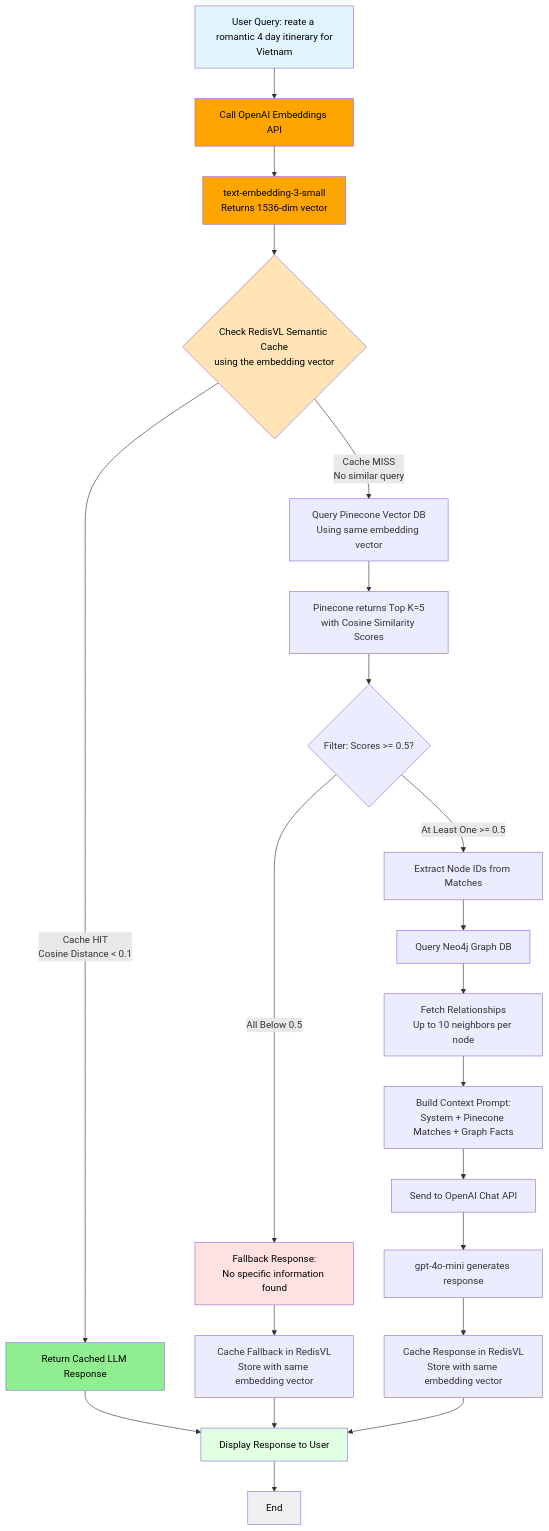
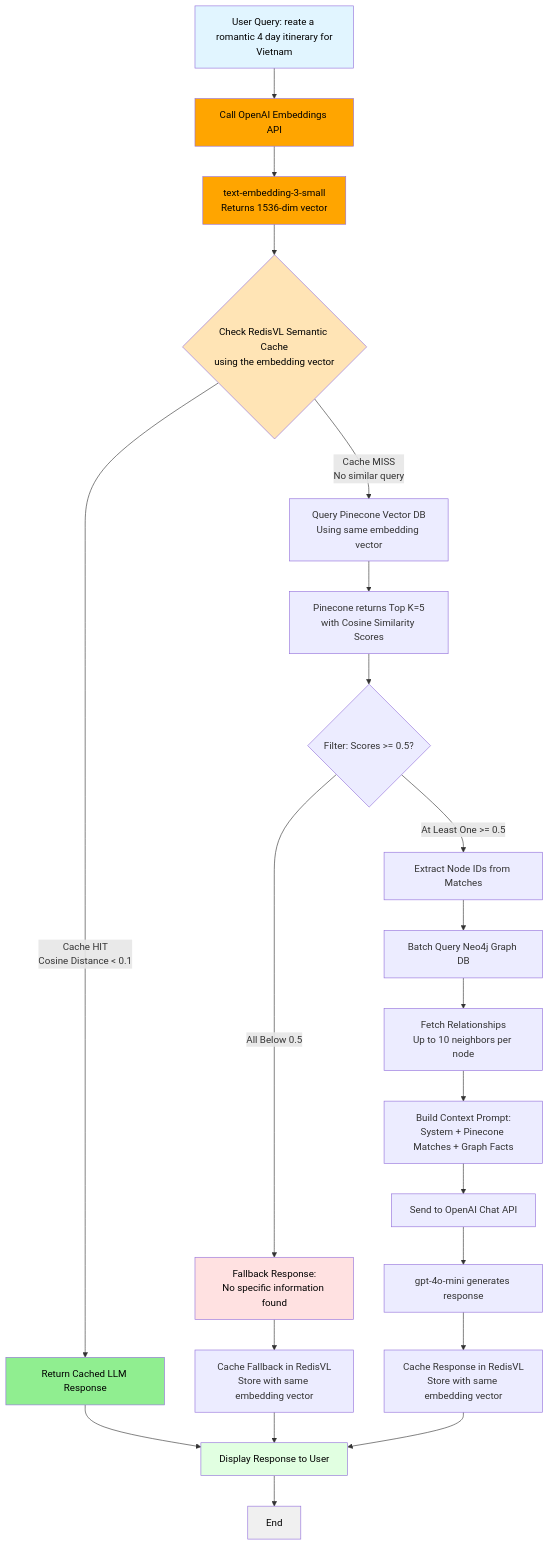
One commit to h4mmad/blue-enigma changed the diagram in README.md. Above: the diagram before and after it, drawn with Mermaid.

Commit message:
update to docs

````diff
--- a/README.md
+++ b/README.md
@@ -7,45 +7,45 @@
 ```mermaid
 flowchart TD
     A[User Query: reate a romantic 4 day itinerary for
 Vietnam] --> B[Call OpenAI Embeddings API]
 
     B --> C[text-embedding-3-small<br/>Returns 1536-dim vector]
 
     C --> D{Check RedisVL Semantic Cache<br/>using the embedding vector}
 
     D -->|Cache HIT<br/>Cosine Distance < 0.1| E[Return Cached LLM Response]
     E --> F[Display Response to User]
     F --> END[End]
 
     D -->|Cache MISS<br/>No similar query| G[Query Pinecone Vector DB<br/>Using same embedding vector]
 
     G --> H[Pinecone returns Top K=5<br/>with Cosine Similarity Scores]
 
     H --> I{Filter: Scores >= 0.5?}
 
     I -->|All Below 0.5| J[Fallback Response:<br/>No specific information found]
     J --> K[Cache Fallback in RedisVL<br/>Store with same embedding vector]
     K --> F
 
     I -->|At Least One >= 0.5| L[Extract Node IDs from Matches]
 
-    L --> M[Query Neo4j Graph DB]
+    L --> M[Batch Query Neo4j Graph DB]
     M --> N[Fetch Relationships<br/>Up to 10 neighbors per node]
 
     N --> O[Build Context Prompt:<br/>System + Pinecone Matches + Graph Facts]
 
     O --> P[Send to OpenAI Chat API]
     P --> Q[gpt-4o-mini generates response]
     Q --> R[Cache Response in RedisVL<br/>Store with same embedding vector]
 
     R --> F
 
     style A fill:#e1f5ff,color:#000
     style B fill:#FFA500,color:#000
     style C fill:#FFA500,color:#000
     style E fill:#90EE90,color:#000
     style J fill:#ffe1e1,color:#000
     style F fill:#e1ffe1,color:#000
     style END fill:#f0f0f0,color:#000
     style D fill:#FFE4B5,color:#000
 ```
````
